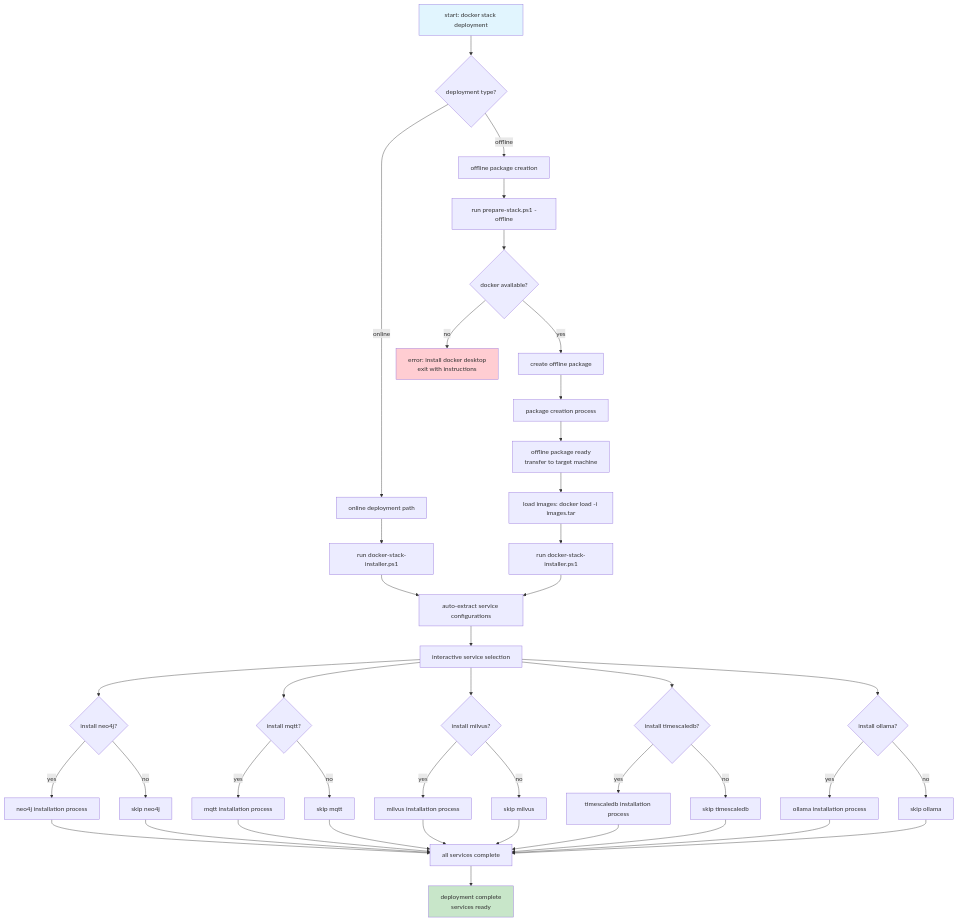
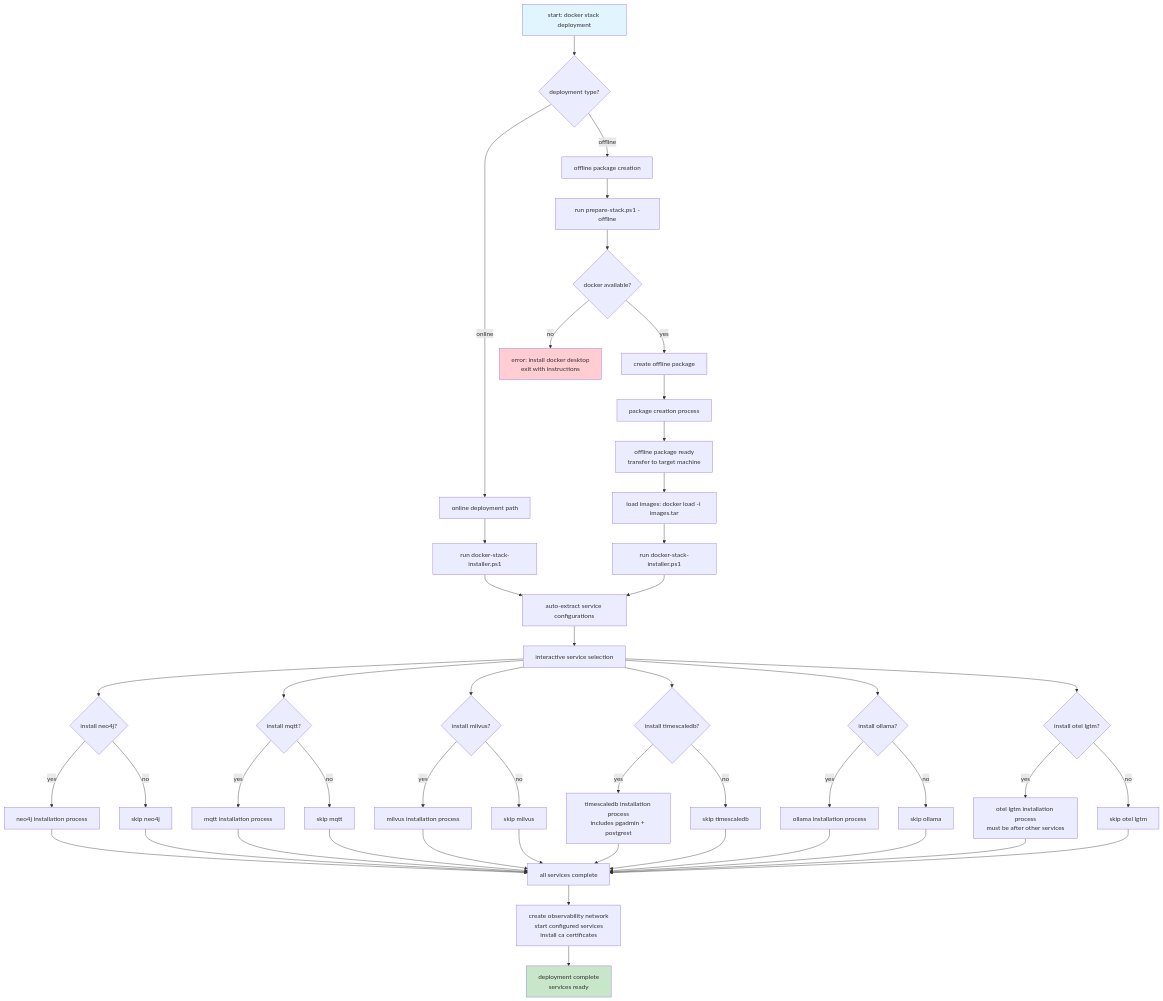
Before and after one commit to XMPro/Multi-Agent: the first of 12 diagrams in docs/installation/docker/complete-deployment-flowchart.md, drawn with Mermaid. The commit also changed other lines of this file and 7 other files, not shown here.

First line of the commit message:
docs: add OTEL LGTM observability stack to Docker installation

````diff
--- a/docs/installation/docker/complete-deployment-flowchart.md
+++ b/docs/installation/docker/complete-deployment-flowchart.md
@@ -7,60 +7,66 @@
 ```mermaid
 flowchart TD
     A[start: docker stack deployment] --> B{deployment type?}
     
     B -->|online| C[online deployment path]
     B -->|offline| D[offline package creation]
     
     %% online deployment path
     C --> E[run docker-stack-installer.ps1]
     E --> F[auto-extract service configurations]
     F --> G[interactive service selection]
     
     %% offline package creation path
     D --> H[run prepare-stack.ps1 -offline]
     H --> I{docker available?}
     I -->|no| J[error: install docker desktop<br/>exit with instructions]
     I -->|yes| K[create offline package]
     
     K --> L[package creation process]
     L --> M[offline package ready<br/>transfer to target machine]
     M --> N[load images: docker load -i images.tar]
     N --> O[run docker-stack-installer.ps1]
     O --> F
     
     %% service selection and installation
     G --> P{install neo4j?}
     G --> Q{install mqtt?}
     G --> R{install milvus?}
     G --> S{install timescaledb?}
     G --> T{install ollama?}
-    
+    G --> TA{install otel lgtm?}
+
     P -->|yes| U[neo4j installation process]
     Q -->|yes| V[mqtt installation process]
     R -->|yes| W[milvus installation process]
-    S -->|yes| X[timescaledb installation process]
+    S -->|yes| X[timescaledb installation process<br/>includes pgadmin + postgrest]
     T -->|yes| Y[ollama installation process]
-    
+    TA -->|yes| YA[otel lgtm installation process<br/>must be after other services]
+
     P -->|no| Z[skip neo4j]
     Q -->|no| AA[skip mqtt]
     R -->|no| AB[skip milvus]
     S -->|no| AC[skip timescaledb]
     T -->|no| AD[skip ollama]
-    
+    TA -->|no| ADA[skip otel lgtm]
+
     U --> AE[all services complete]
     V --> AE
     W --> AE
     X --> AE
     Y --> AE
+    YA --> AE
     Z --> AE
     AA --> AE
     AB --> AE
     AC --> AE
     AD --> AE
-    
-    AE --> AF[deployment complete<br/>services ready]
+    ADA --> AE
+
+    AE --> AF[create observability network<br/>start configured services<br/>install ca certificates]
+    AF --> AG[deployment complete<br/>services ready]
     
     style A fill:#e1f5fe
-    style AF fill:#c8e6c9
+    style AG fill:#c8e6c9
     style J fill:#ffcdd2
 ```
````
